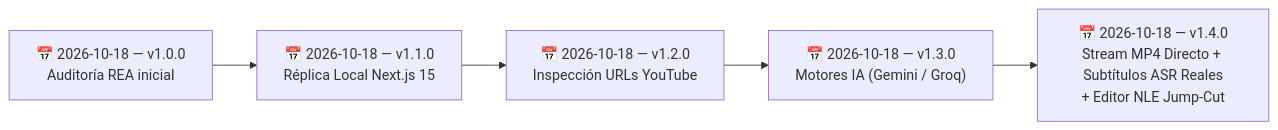
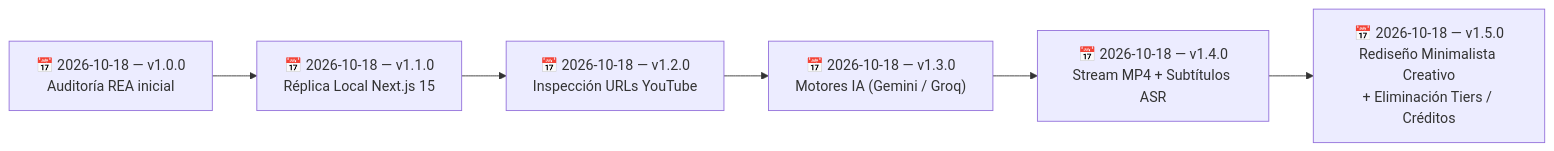
Before and after one commit to SebzSGC/Doc-Projects: the diagram in ClippersIppers/90 - Recursos/Historial de cambios.md, drawn with Mermaid. The commit also changed other lines of this file and 1 other file, not shown here.

First line of the commit message:
docs(clippers-ippers): rediseno minimalista sin tiers ni creditos v1.5.0

````diff
--- a/ClippersIppers/90 - Recursos/Historial de cambios.md
+++ b/ClippersIppers/90 - Recursos/Historial de cambios.md
@@ -19,4 +19,4 @@
 ```mermaid
 flowchart LR
-    V1["📅 2026-10-18 — v1.0.0<br/>Auditoría REA inicial"] --> V2["📅 2026-10-18 — v1.1.0<br/>Réplica Local Next.js 15"] --> V3["📅 2026-10-18 — v1.2.0<br/>Inspección URLs YouTube"] --> V4["📅 2026-10-18 — v1.3.0<br/>Motores IA (Gemini / Groq)"] --> V5["📅 2026-10-18 — v1.4.0<br/>Stream MP4 Directo + Subtítulos ASR Reales<br/>+ Editor NLE Jump-Cut"]
+    V1["📅 2026-10-18 — v1.0.0<br/>Auditoría REA inicial"] --> V2["📅 2026-10-18 — v1.1.0<br/>Réplica Local Next.js 15"] --> V3["📅 2026-10-18 — v1.2.0<br/>Inspección URLs YouTube"] --> V4["📅 2026-10-18 — v1.3.0<br/>Motores IA (Gemini / Groq)"] --> V5["📅 2026-10-18 — v1.4.0<br/>Stream MP4 + Subtítulos ASR"] --> V6["📅 2026-10-18 — v1.5.0<br/>Rediseño Minimalista Creativo<br/>+ Eliminación Tiers / Créditos"]
 ```
````
